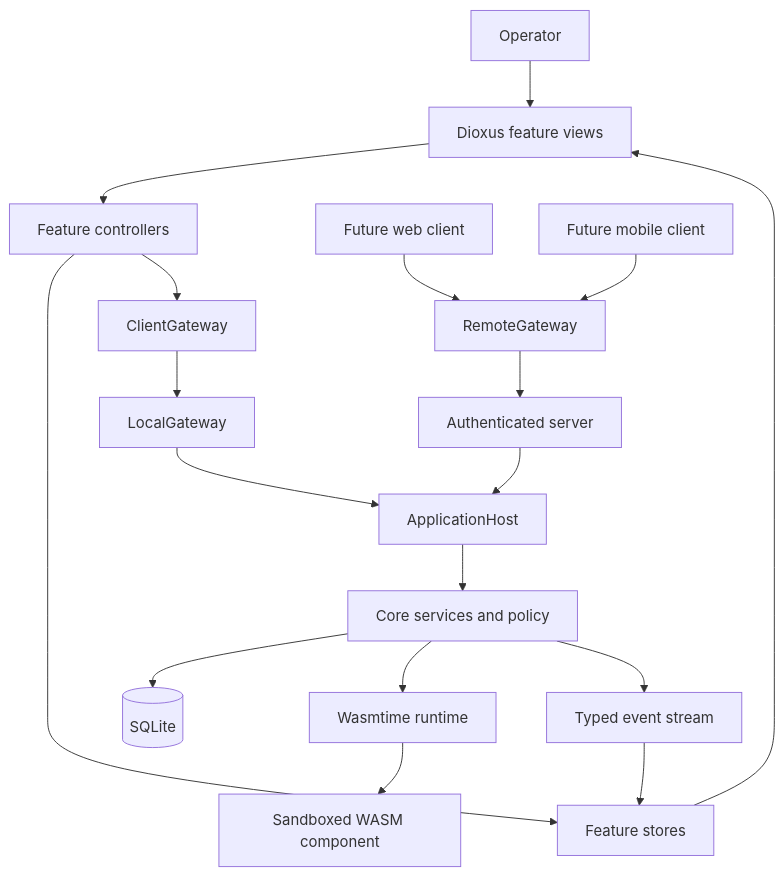
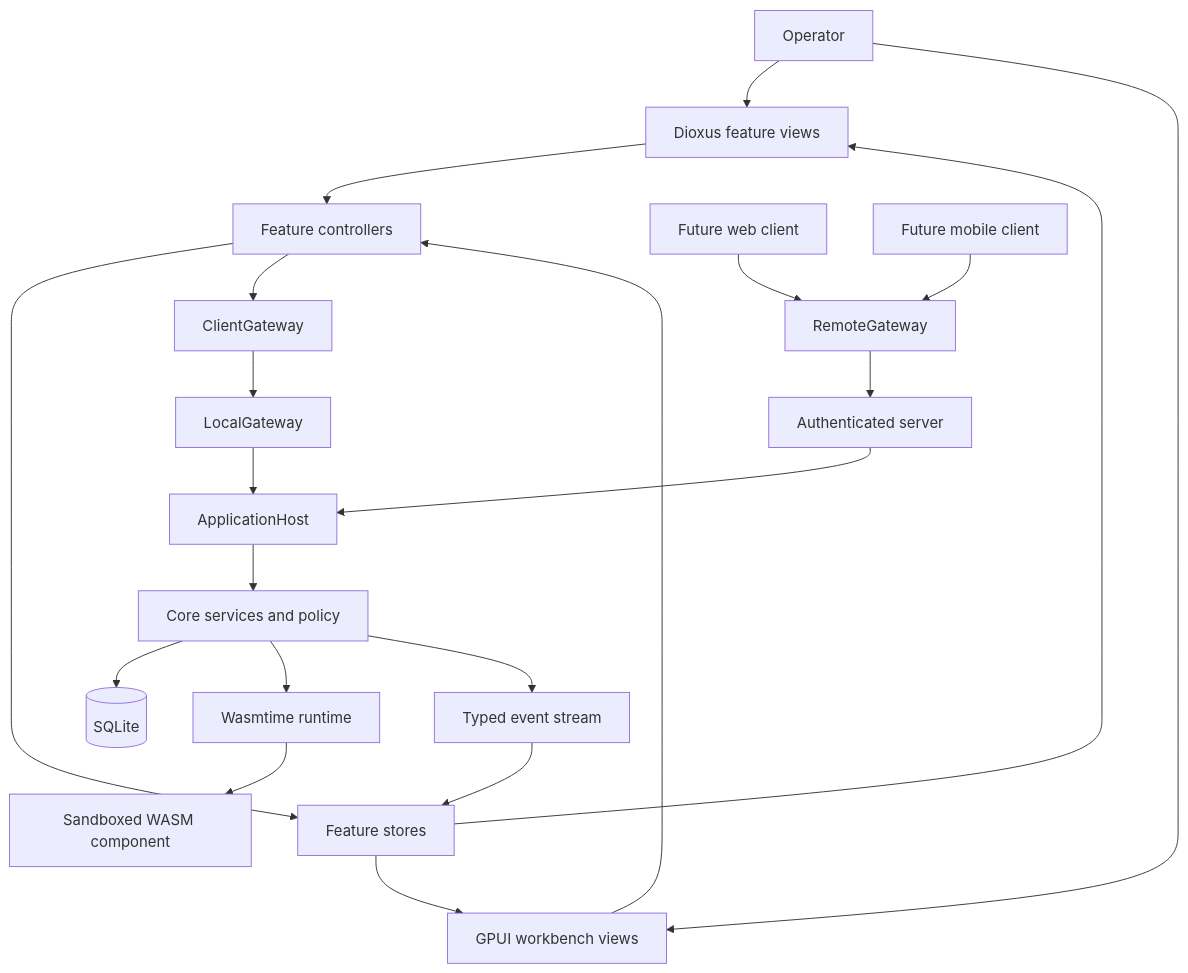
One commit to anonto42/poly.glid_security_workspace changed the first of 2 diagrams in docs/architecture/CLIENT_ARCHITECTURE.md. Above: the diagram before and after it, drawn with Mermaid. The commit also changed other lines of this file and 25 other files, not shown here.

Commit message:
feat(workbench): add GPUI editor shell

````diff
--- a/docs/architecture/CLIENT_ARCHITECTURE.md
+++ b/docs/architecture/CLIENT_ARCHITECTURE.md
@@ -28,22 +31,25 @@
 ```mermaid
 flowchart TD
-    USER[Operator] --> VIEW[Dioxus feature views]
-    VIEW --> CONTROLLER[Feature controllers]
+    USER[Operator] --> DIOXUS[Dioxus feature views]
+    USER --> GPUI[GPUI workbench views]
+    DIOXUS --> CONTROLLER[Feature controllers]
+    GPUI --> CONTROLLER
     CONTROLLER --> STORE[Feature stores]
-    STORE --> VIEW
+    STORE --> DIOXUS
+    STORE --> GPUI
     CONTROLLER --> GATEWAY[ClientGateway]
 
     GATEWAY --> LOCAL[LocalGateway]
     LOCAL --> HOST[ApplicationHost]
     HOST --> CORE[Core services and policy]
     CORE --> DB[(SQLite)]
     CORE --> RUNTIME[Wasmtime runtime]
     RUNTIME --> PLUGIN[Sandboxed WASM component]
     CORE --> EVENT[Typed event stream]
     EVENT --> STORE
 
     WEB[Future web client] --> REMOTE[RemoteGateway]
     MOBILE[Future mobile client] --> REMOTE
     REMOTE --> SERVER[Authenticated server]
     SERVER --> HOST
 ```
````
